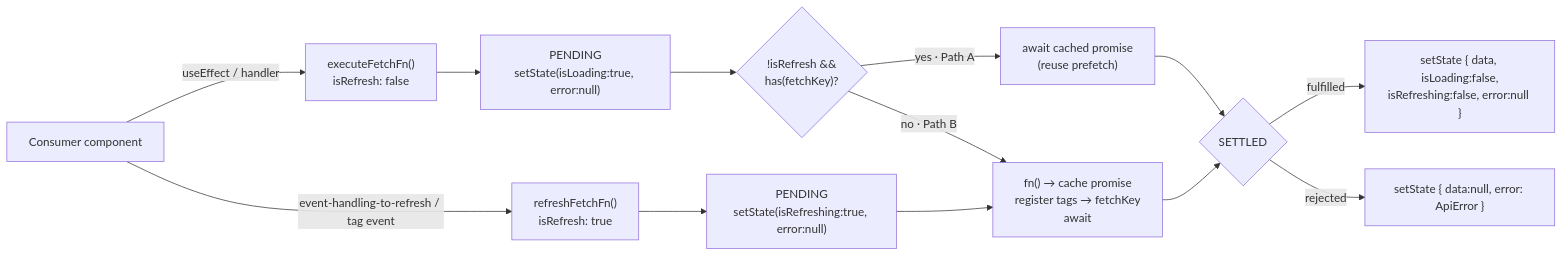
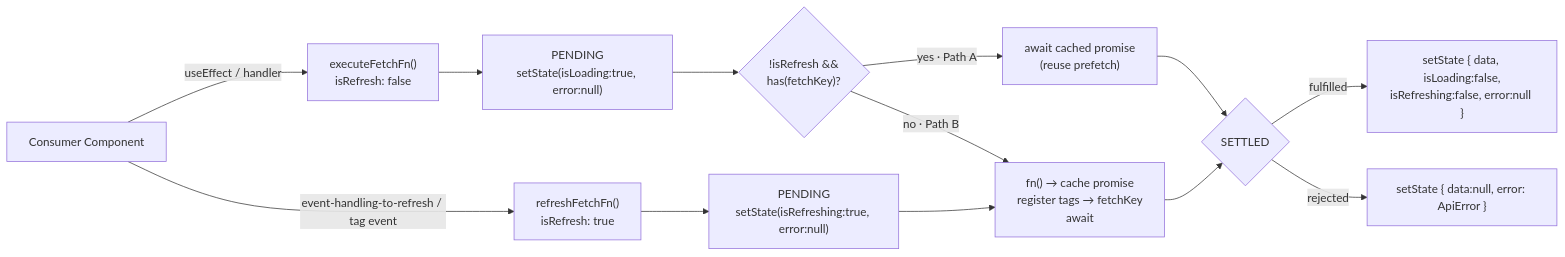
One commit to chuhaiphu/fetchwire changed the first of 4 diagrams in docs/architecture/USE-FETCH-FN-FLOW.md. Above: the diagram before and after it, drawn with Mermaid. The commit also changed other lines of this file and 3 other files, not shown here.

Commit message:
fix: standardize terminology to "Consumer Component" in architecture documentation

````diff
--- a/docs/architecture/USE-FETCH-FN-FLOW.md
+++ b/docs/architecture/USE-FETCH-FN-FLOW.md
@@ -27,18 +27,18 @@
 ```mermaid
 flowchart LR
-    Cmp["Consumer component"] -->|"useEffect / handler"| EXE["executeFetchFn()<br/>isRefresh: false"]
+    Cmp["Consumer Component"] -->|"useEffect / handler"| EXE["executeFetchFn()<br/>isRefresh: false"]
     Cmp -->|"event-handling-to-refresh / tag event"| REF["refreshFetchFn()<br/>isRefresh: true"]
 
     EXE --> PE["PENDING<br/>setState(isLoading:true, error:null)"]
     REF --> PR["PENDING<br/>setState(isRefreshing:true, error:null)"]
 
     PE --> BR{"!isRefresh &&<br/>has(fetchKey)?"}
     PR --> FRESH
     BR -->|"yes · Path A"| CACHED["await cached promise<br/>(reuse prefetch)"]
     BR -->|"no · Path B"| FRESH["fn() → cache promise<br/>register tags → fetchKey<br/>await"]
 
     CACHED --> S{"SETTLED"}
     FRESH --> S
     S -->|"fulfilled"| OKS["setState { data, isLoading:false,<br/>isRefreshing:false, error:null }"]
     S -->|"rejected"| ERRS["setState { data:null, error: ApiError }"]
 ```
````
